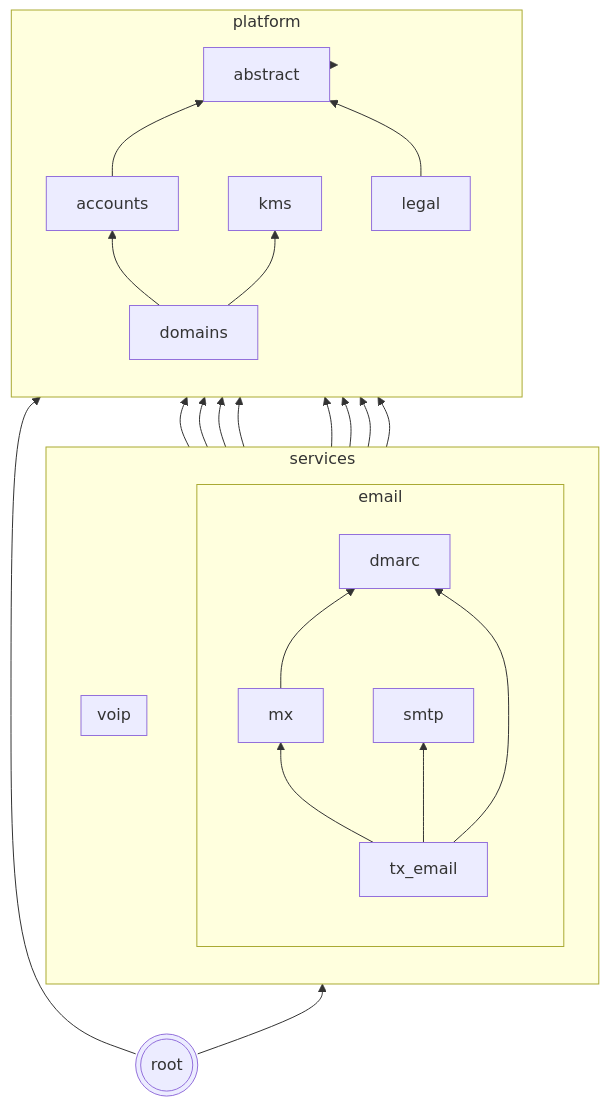
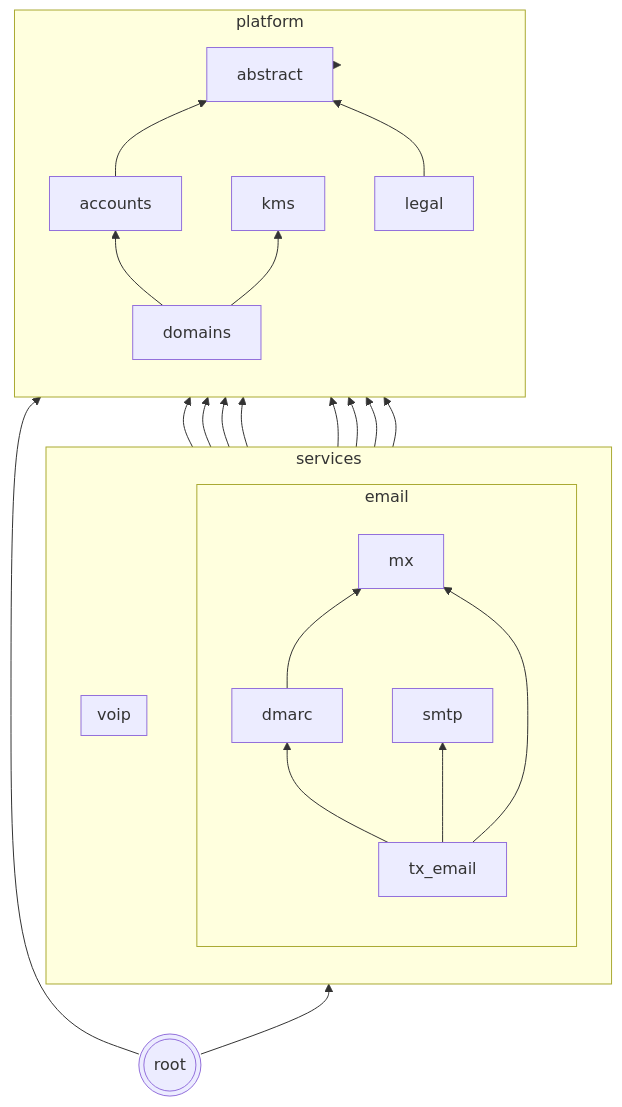
The diagram in README.md (codingjoe/relay), drawn with Mermaid before and after one commit. The commit also changed 15 other files, not shown here.

````diff
--- a/README.md
+++ b/README.md
@@ -119,44 +119,44 @@
 ```mermaid
 graph BT
  abstract[abstract];
  kms[kms];
  subgraph platform
  direction BT
  accounts
  domains
  legal
  domains --> accounts
  accounts --> abstract
  domains --> kms
  legal --> abstract
  end
  subgraph services
  direction BT
  subgraph email
  direction BT
  tx_email[tx_email]
  smtp
  mx
  dmarc
  smtp --> accounts
  smtp --> domains
  mx --> accounts
  mx --> domains
  mx --> kms
- mx --> dmarc
  dmarc --> accounts
  dmarc --> domains
+ dmarc --> mx
  tx_email --> smtp
  tx_email --> mx
  tx_email --> dmarc
  end
  subgraph voip
  direction BT
  end
  end
  services --> platform;
  platform --> abstract;
  root --> services;
  root --> platform;
  root(((root)))
 ```
````
